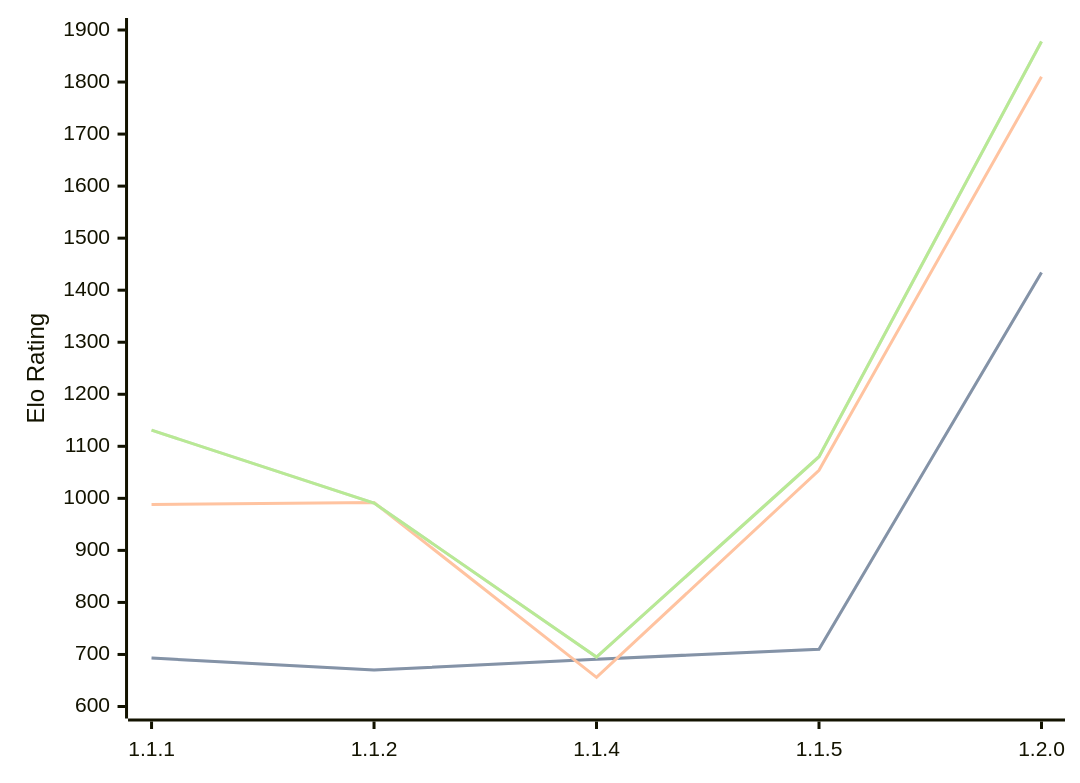
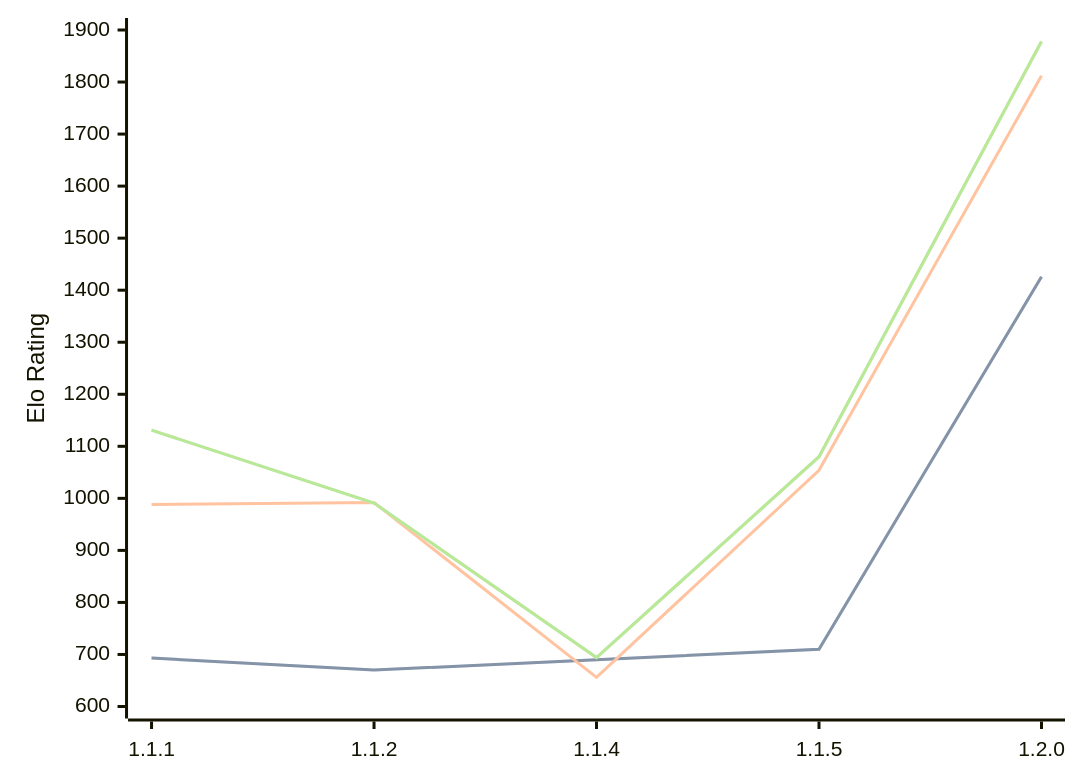
Before and after one commit to computer-chess-index/cci: the diagram in engines/ChessCore.md, drawn with Mermaid. The commit also changed other lines of this file, not shown here.

Commit message:
Update CCI Ratings (ELO VLTC) - 2026-09-14

````diff
--- a/engines/ChessCore.md
+++ b/engines/ChessCore.md
@@ -36,11 +36,11 @@
 ```mermaid
 %%{init: {"theme":"base","themeVariables":{"seriesColors:['#a3a3a3','#222221','#faa371']}}}%%
 xychart-beta
   x-axis ["1.1.1", "1.1.2", "1.1.4", "1.1.5", "1.2.0"]
   y-axis "Elo Rating" 600 --> 1900
-  line "" [693, 670, 691, 710, 1434]
-  line "STC (8.0+0.08s)" [693, 670, 691, 710, 1434]
-  line "LTC (60.0+0.60s)" [988, 992, 656, 1054, 1810]
-  line "" [1131, 991, 695, 1080, 1878]
-  line "VLTC (2m24s+1.12s)" [1131, 991, 695, 1080, 1878]
+  line "" [693, 670, 690, 710, 1426]
+  line "STC (8.0+0.08s)" [693, 670, 690, 710, 1426]
+  line "LTC (60.0+0.60s)" [988, 992, 656, 1054, 1812]
+  line "" [1131, 991, 694, 1080, 1878]
+  line "VLTC (2m24s+1.12s)" [1131, 991, 694, 1080, 1878]
 ```
````
